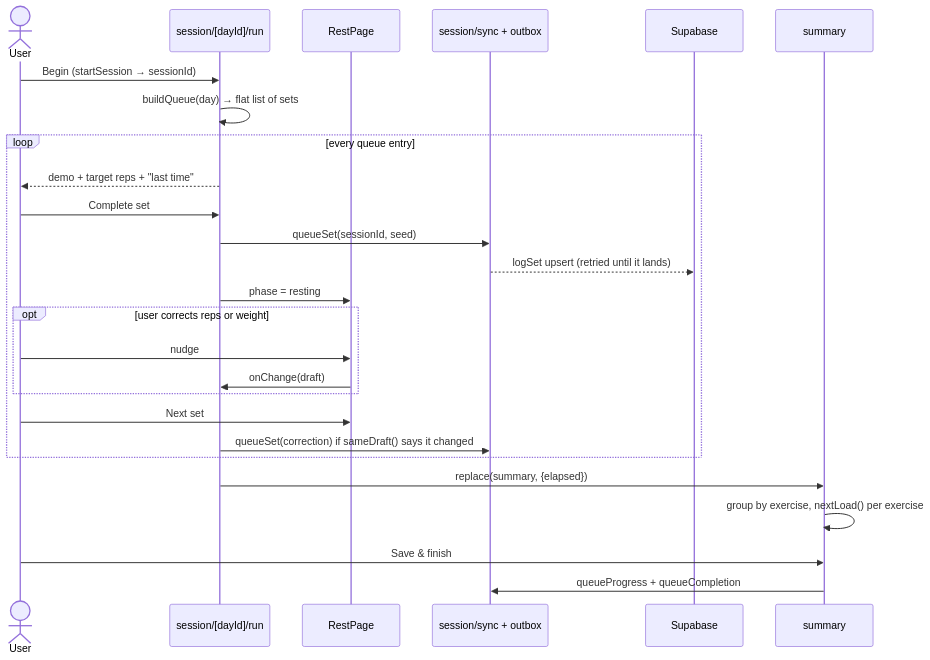
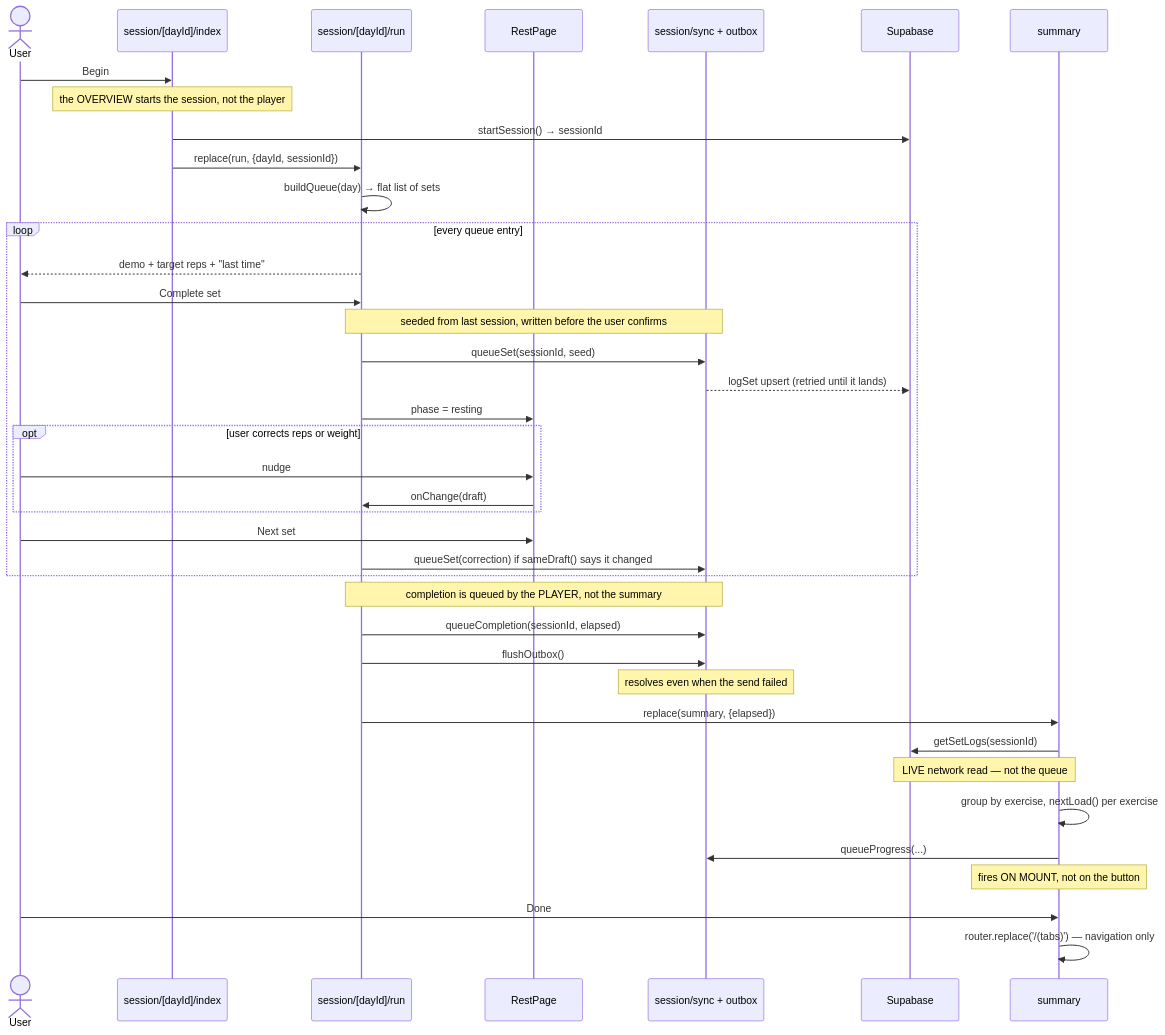
The third of 7 diagrams in docs/ENGINEERING_HANDOFF.md (mateosauton/personal-trainer), drawn with Mermaid before and after one commit. The commit also changed other lines of this file and 77 other files, not shown here.

````diff
--- a/docs/ENGINEERING_HANDOFF.md
+++ b/docs/ENGINEERING_HANDOFF.md
@@ -371,32 +404,44 @@
 ```mermaid
 sequenceDiagram
     actor U as User
+    participant Ov as session/[dayId]/index
     participant Run as session/[dayId]/run
     participant Rest as RestPage
     participant OB as session/sync + outbox
     participant DB as Supabase
     participant Sum as summary
 
-    U->>Run: Begin (startSession → sessionId)
+    U->>Ov: Begin
+    Note over Ov: the OVERVIEW starts the session, not the player
+    Ov->>DB: startSession() → sessionId
+    Ov->>Run: replace(run, {dayId, sessionId})
     Run->>Run: buildQueue(day) → flat list of sets
 
     loop every queue entry
         Run-->>U: demo + target reps + "last time"
         U->>Run: Complete set
-        %% seeded from last session, written immediately, corrected during rest
+        Note over Run,OB: seeded from last session, written before the user confirms
         Run->>OB: queueSet(sessionId, seed)
         OB-->>DB: logSet upsert (retried until it lands)
         Run->>Rest: phase = resting
         opt user corrects reps or weight
             U->>Rest: nudge
             Rest->>Run: onChange(draft)
         end
         U->>Rest: Next set
         Run->>OB: queueSet(correction) if sameDraft() says it changed
     end
 
+    Note over Run,OB: completion is queued by the PLAYER, not the summary
+    Run->>OB: queueCompletion(sessionId, elapsed)
+    Run->>OB: flushOutbox()
+    Note over OB: resolves even when the send failed
     Run->>Sum: replace(summary, {elapsed})
+    Sum->>DB: getSetLogs(sessionId)
+    Note over Sum,DB: LIVE network read — not the queue
     Sum->>Sum: group by exercise, nextLoad() per exercise
-    U->>Sum: Save & finish
-    Sum->>OB: queueProgress + queueCompletion
+    Sum->>OB: queueProgress(...)
+    Note over Sum: fires ON MOUNT, not on the button
+    U->>Sum: Done
+    Sum->>Sum: router.replace('/(tabs)') — navigation only
 ```
````
